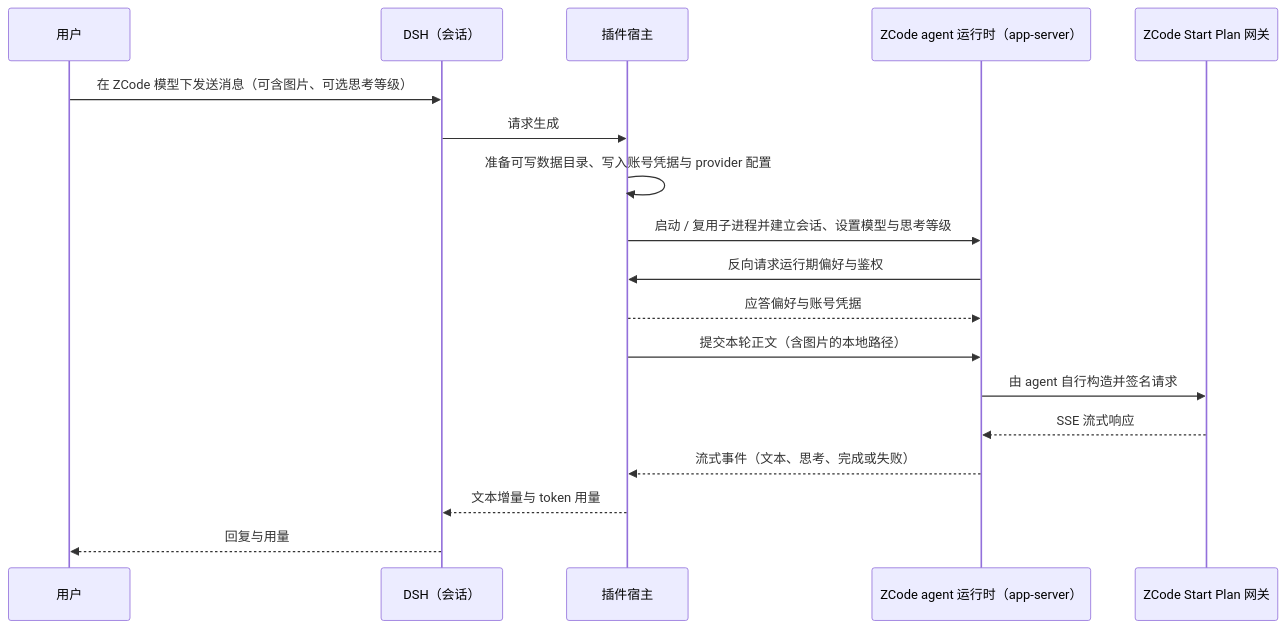
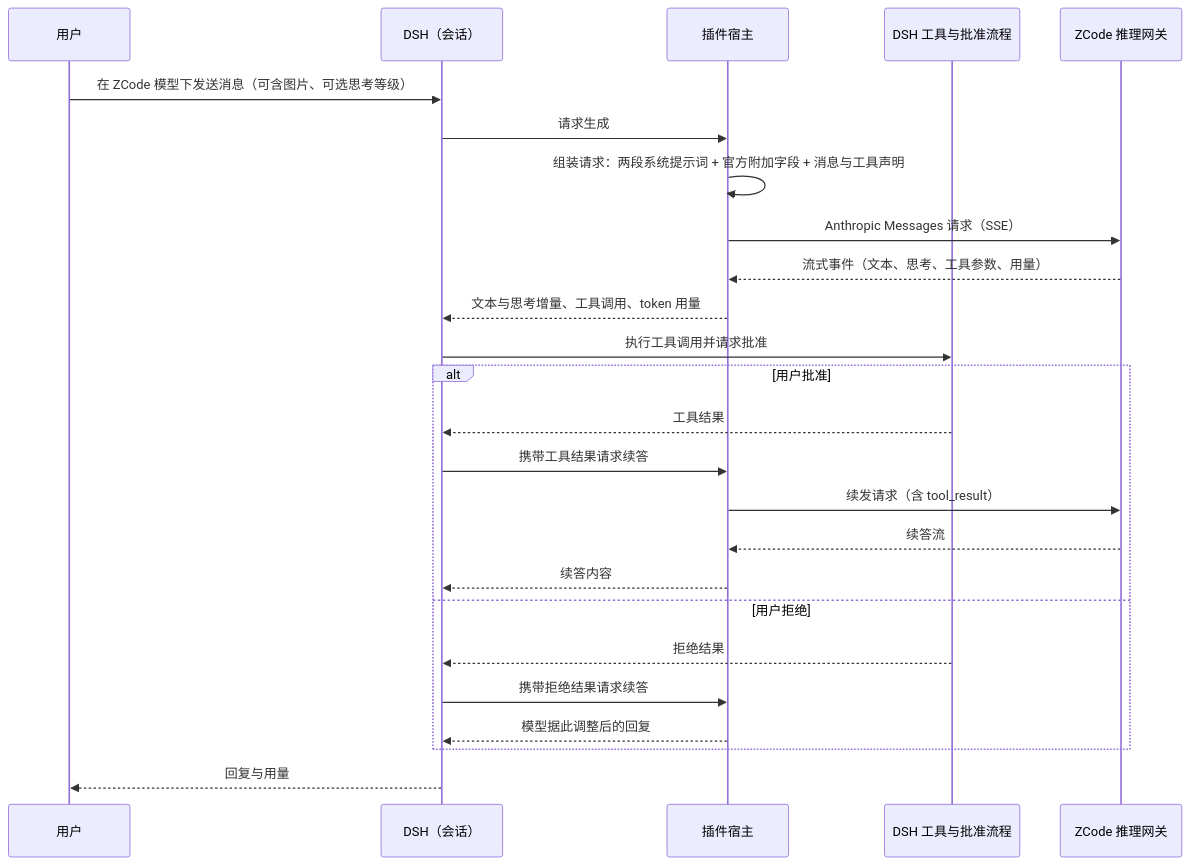
The fifth of 5 diagrams in docs/requirements/FNOS-027-dsh-zcode-plugin.md (FNOSP/fnos-dsh), drawn with Mermaid before and after one commit. The commit also changed other lines of this file and 7 other files, not shown here.

First line of the commit message:
docs(zcode): 文档整体改写为自行发送 Anthropic Messages 架构

````diff
--- a/docs/requirements/FNOS-027-dsh-zcode-plugin.md
+++ b/docs/requirements/FNOS-027-dsh-zcode-plugin.md
@@ -223,20 +220,27 @@
 ```mermaid
 sequenceDiagram
   participant User as 用户
   participant DSH as DSH（会话）
   participant Host as 插件宿主
-  participant App as ZCode agent 运行时（app-server）
-  participant ZCode as ZCode Start Plan 网关
+  participant Tools as DSH 工具与批准流程
+  participant ZCode as ZCode 推理网关
   User->>DSH: 在 ZCode 模型下发送消息（可含图片、可选思考等级）
   DSH->>Host: 请求生成
-  Host->>Host: 准备可写数据目录、写入账号凭据与 provider 配置
-  Host->>App: 启动 / 复用子进程并建立会话、设置模型与思考等级
-  App->>Host: 反向请求运行期偏好与鉴权
-  Host-->>App: 应答偏好与账号凭据
-  Host->>App: 提交本轮正文（含图片的本地路径）
-  App->>ZCode: 由 agent 自行构造并签名请求
-  ZCode-->>App: SSE 流式响应
-  App-->>Host: 流式事件（文本、思考、完成或失败）
-  Host-->>DSH: 文本增量与 token 用量
+  Host->>Host: 组装请求：两段系统提示词 + 官方附加字段 + 消息与工具声明
+  Host->>ZCode: Anthropic Messages 请求（SSE）
+  ZCode-->>Host: 流式事件（文本、思考、工具参数、用量）
+  Host-->>DSH: 文本与思考增量、工具调用、token 用量
+  DSH->>Tools: 执行工具调用并请求批准
+  alt 用户批准
+    Tools-->>DSH: 工具结果
+    DSH->>Host: 携带工具结果请求续答
+    Host->>ZCode: 续发请求（含 tool_result）
+    ZCode-->>Host: 续答流
+    Host-->>DSH: 续答内容
+  else 用户拒绝
+    Tools-->>DSH: 拒绝结果
+    DSH->>Host: 携带拒绝结果请求续答
+    Host-->>DSH: 模型据此调整后的回复
+  end
   DSH-->>User: 回复与用量
 ```
````
